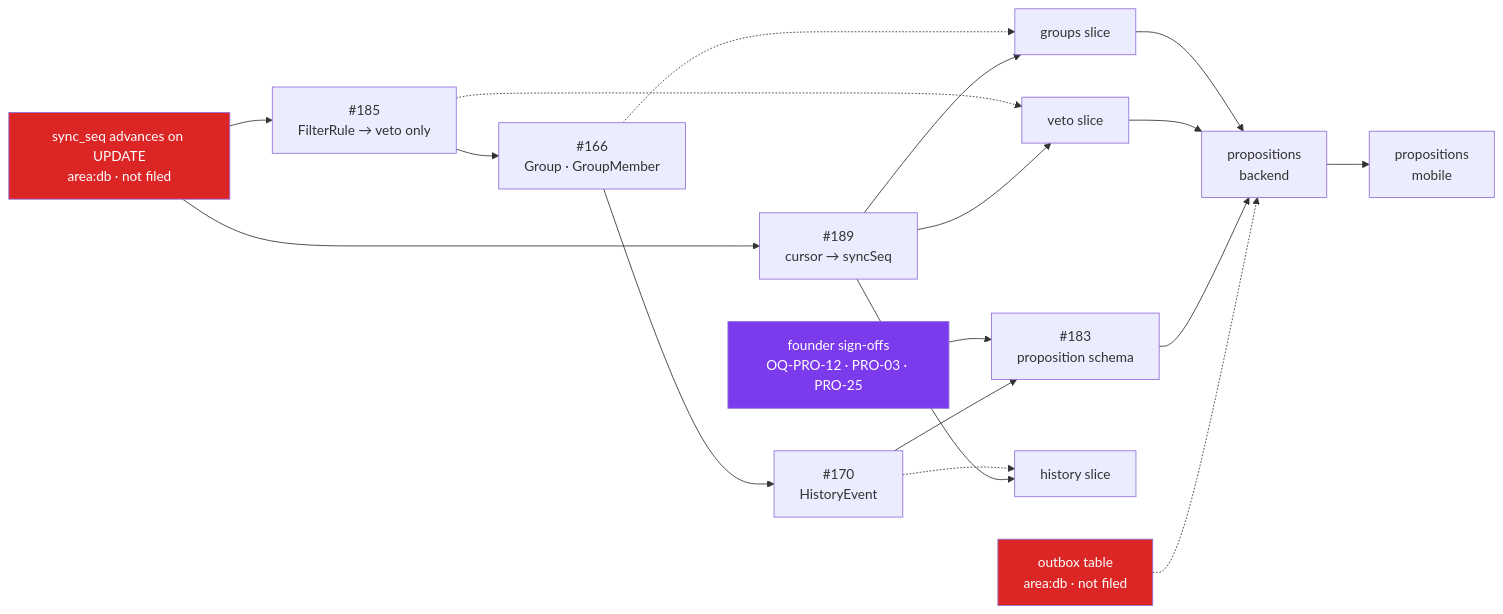
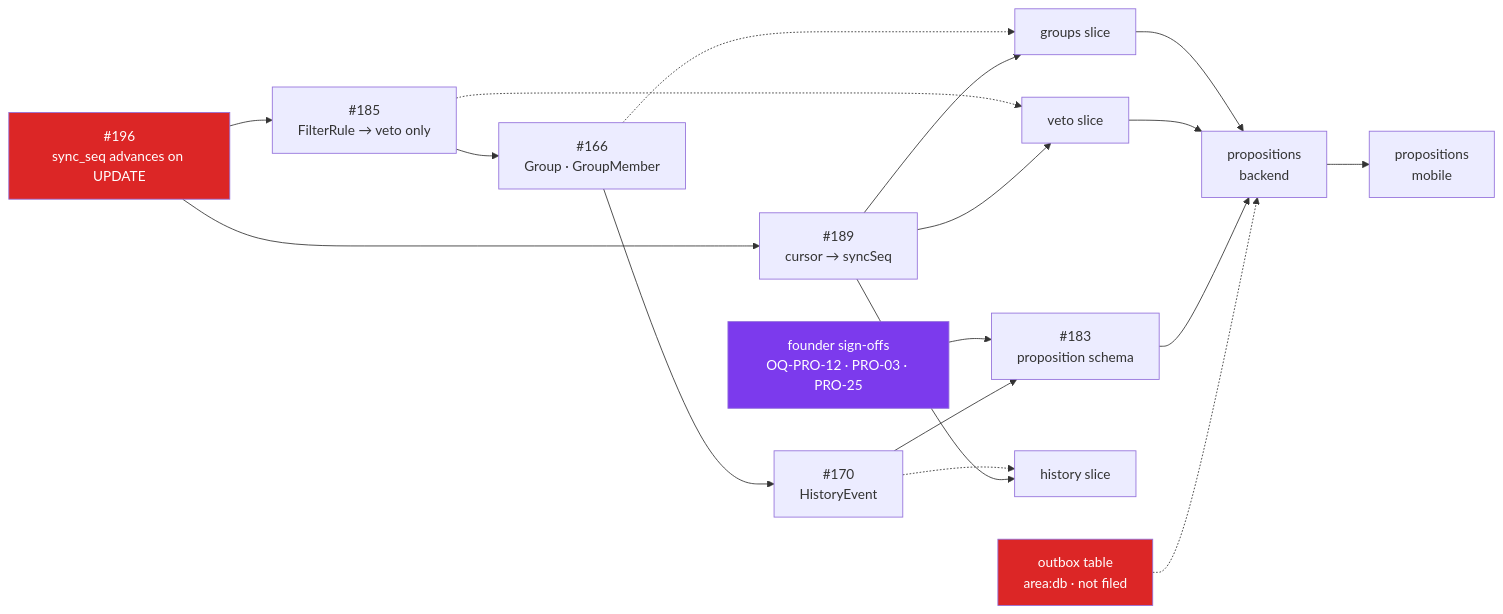
One commit to hamza-el-miqdam/swab changed the diagram in docs/ROADMAP.md. Above: the diagram before and after it, drawn with Mermaid. The commit also changed other lines of this file and 3 other files, not shown here.

````diff
--- a/docs/ROADMAP.md
+++ b/docs/ROADMAP.md
@@ -31,23 +31,23 @@
 ```mermaid
 graph LR
-  T["sync_seq advances on UPDATE<br/>area:db · not filed"] --> F["#185<br/>FilterRule → veto only"]
+  T["#196<br/>sync_seq advances on UPDATE"] --> F["#185<br/>FilterRule → veto only"]
   F --> G["#166<br/>Group · GroupMember"]
   G --> H["#170<br/>HistoryEvent"]
   H --> S["#183<br/>proposition schema"]
   T --> C["#189<br/>cursor → syncSeq"]
   C --> V["veto slice"]
   C --> GS["groups slice"]
   C --> HS["history slice"]
   F -.-> V
   G -.-> GS
   H -.-> HS
   O["outbox table<br/>area:db · not filed"] -.-> P
   D["founder sign-offs<br/>OQ-PRO-12 · PRO-03 · PRO-25"] --> S
   S --> P["propositions<br/>backend"]
   V --> P
   GS --> P
   P --> M["propositions<br/>mobile"]
   style T fill:#dc2626,color:#fff
   style O fill:#dc2626,color:#fff
   style D fill:#7c3aed,color:#fff
 ```
````
